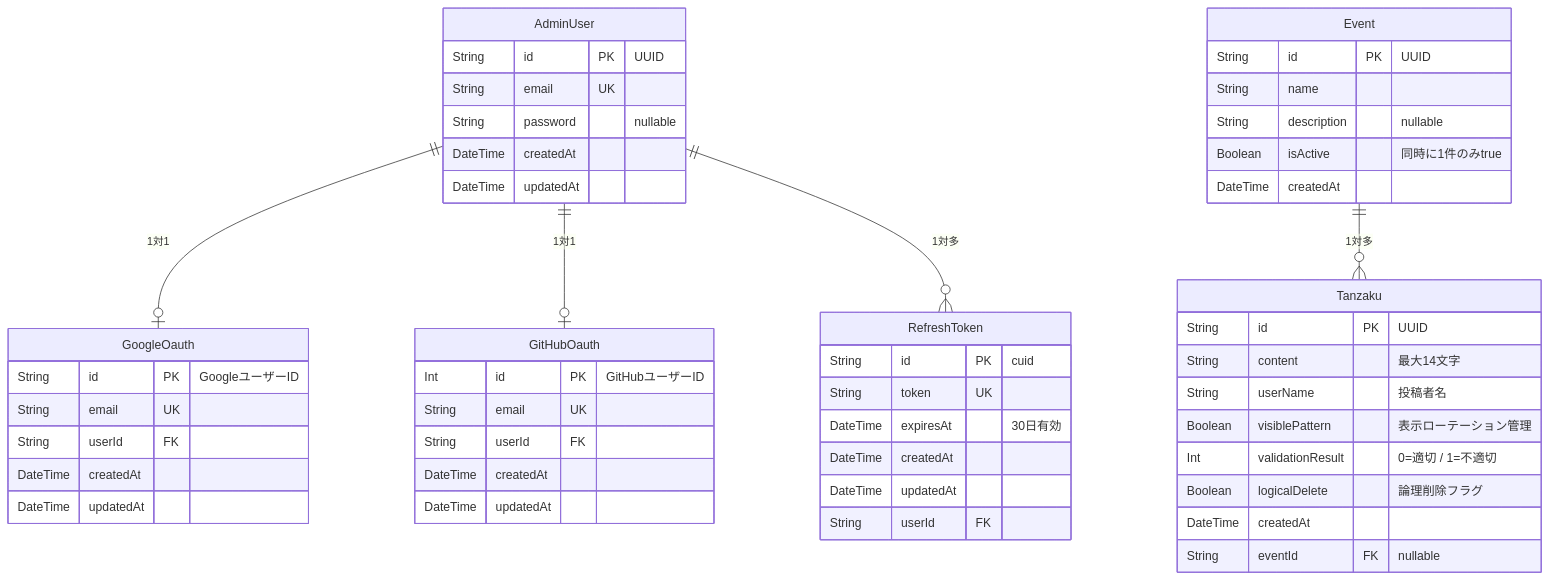
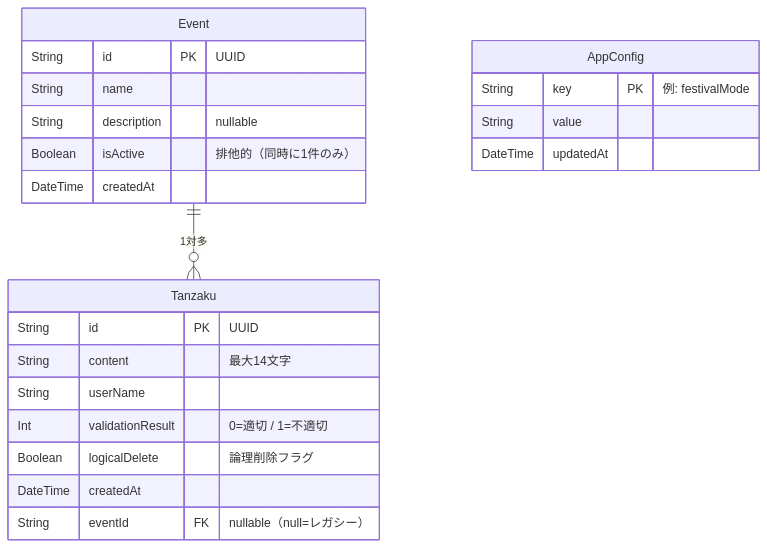
Before and after one commit to itl-marubu/tanzakuv2: the fourth of 9 diagrams in docs/system-overview.md, drawn with Mermaid. The commit also changed other lines of this file and 2 other files, not shown here.

````diff
--- a/docs/system-overview.md
+++ b/docs/system-overview.md
@@ -269,59 +260,28 @@
 ```mermaid
 erDiagram
-    AdminUser {
-        String id PK "UUID"
-        String email UK
-        String password "nullable"
-        DateTime createdAt
-        DateTime updatedAt
-    }
-
-    GoogleOauth {
-        String id PK "GoogleユーザーID"
-        String email UK
-        String userId FK
-        DateTime createdAt
-        DateTime updatedAt
-    }
-
-    GitHubOauth {
-        Int id PK "GitHubユーザーID"
-        String email UK
-        String userId FK
-        DateTime createdAt
-        DateTime updatedAt
-    }
-
-    RefreshToken {
-        String id PK "cuid"
-        String token UK
-        DateTime expiresAt "30日有効"
-        DateTime createdAt
-        DateTime updatedAt
-        String userId FK
-    }
-
     Event {
         String id PK "UUID"
         String name
         String description "nullable"
-        Boolean isActive "同時に1件のみtrue"
+        Boolean isActive "排他的（同時に1件のみ）"
         DateTime createdAt
     }
 
     Tanzaku {
         String id PK "UUID"
         String content "最大14文字"
-        String userName "投稿者名"
-        Boolean visiblePattern "表示ローテーション管理"
+        String userName
         Int validationResult "0=適切 / 1=不適切"
         Boolean logicalDelete "論理削除フラグ"
         DateTime createdAt
-        String eventId FK "nullable"
+        String eventId FK "nullable（null=レガシー）"
     }
 
-    AdminUser ||--o| GoogleOauth : "1対1"
-    AdminUser ||--o| GitHubOauth : "1対1"
-    AdminUser ||--o{ RefreshToken : "1対多"
+    AppConfig {
+        String key PK "例: festivalMode"
+        String value
+        DateTime updatedAt
+    }
+
     Event ||--o{ Tanzaku : "1対多"
 ```
````
